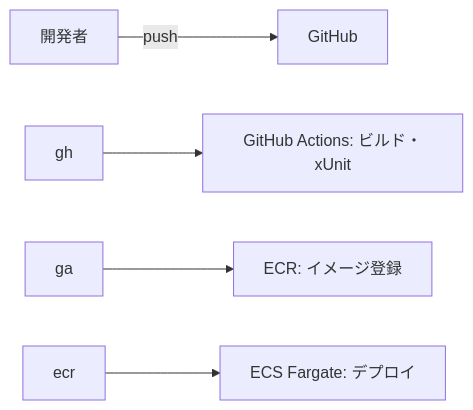
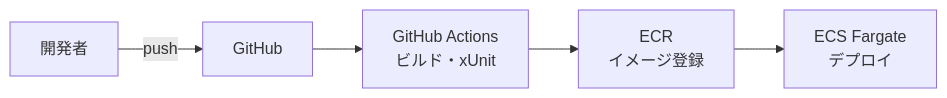
Before and after one commit to yogante/AideaInventoryMng: the third of 3 diagrams in docs/01_system-overview.md, drawn with Mermaid. The commit also changed other lines of this file and 2 other files, not shown here.

````diff
--- a/docs/01_system-overview.md
+++ b/docs/01_system-overview.md
@@ -159,7 +239,7 @@
 ```mermaid
 flowchart LR
-  dev\["開発者"] -->|push| gh\["GitHub"]
-  gh --> ga\["GitHub Actions: ビルド・xUnit"]
-  ga --> ecr\["ECR: イメージ登録"]
-  ecr --> ecs\["ECS Fargate: デプロイ"]
+    dev["開発者"] -->|"push"| gh["GitHub"]
+    gh --> ga["GitHub Actions<br/>ビルド・xUnit"]
+    ga --> ecr["ECR<br/>イメージ登録"]
+    ecr --> ecs["ECS Fargate<br/>デプロイ"]
 ```
````
